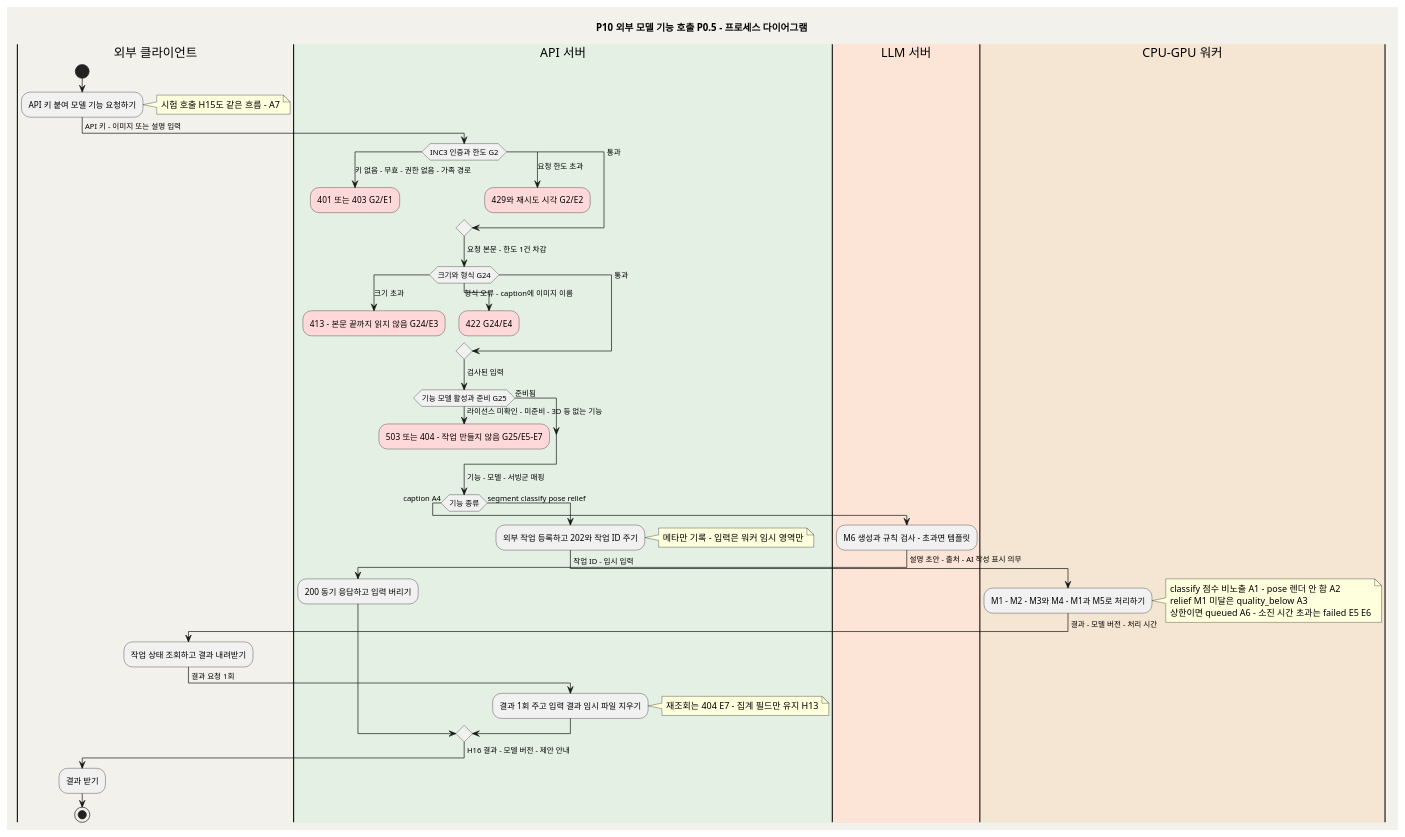
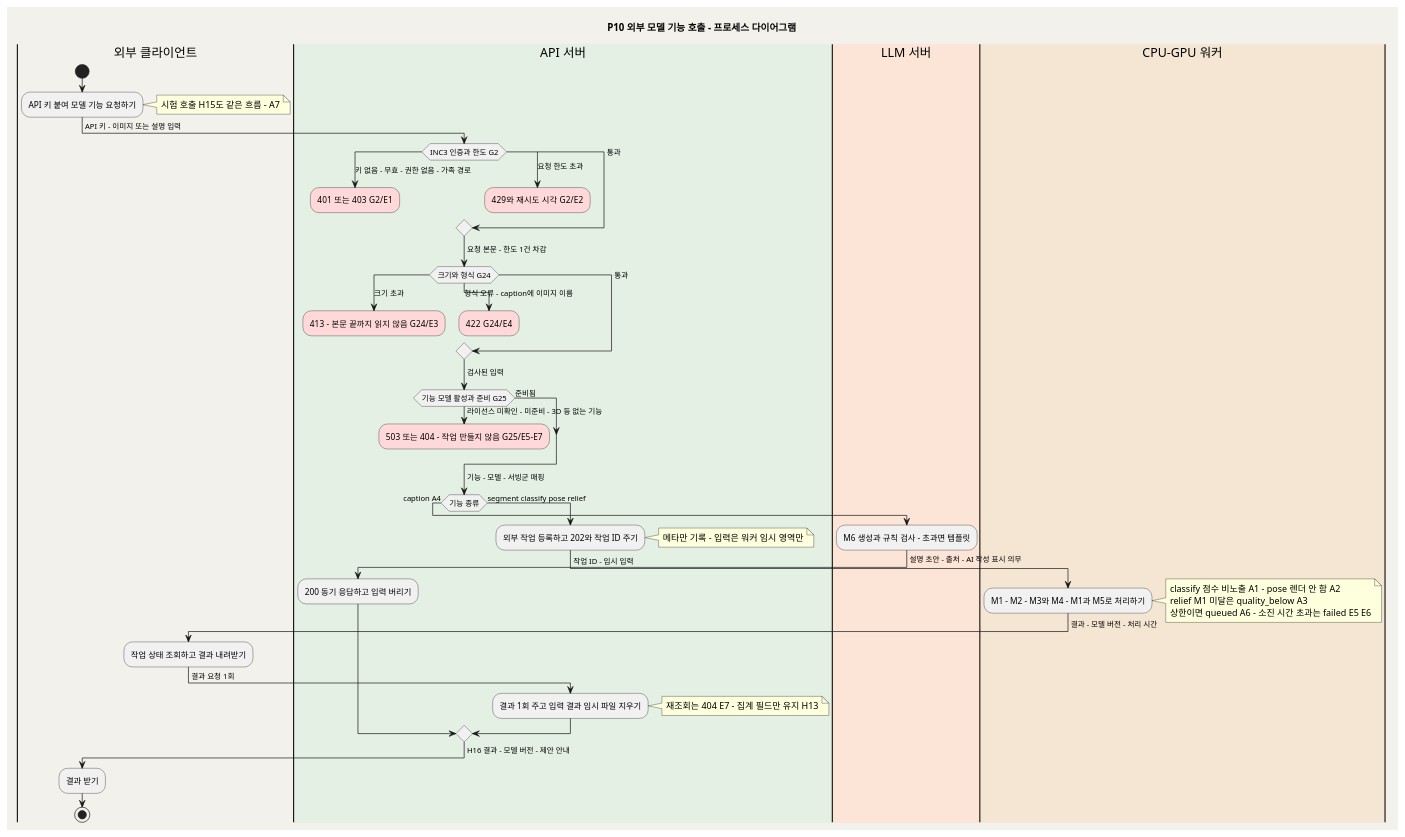
One commit to kids-gallery/uri-gallery changed diagram 15 of 16 in design/SD_01_프로세스설계서_우리아이미술관.md. Above: the diagram before and after it, drawn with PlantUML. The commit also changed other lines of this file and 9 other files, not shown here.

````diff
--- a/design/SD_01_프로세스설계서_우리아이미술관.md
+++ b/design/SD_01_프로세스설계서_우리아이미술관.md
@@ -1332,68 +1333,68 @@
 ```plantuml
 @startuml
 skinparam backgroundColor #F3F1EB
 skinparam shadowing false
-title P10 외부 모델 기능 호출 P0.5 - 프로세스 다이어그램
+title P10 외부 모델 기능 호출 - 프로세스 다이어그램
 |외부 클라이언트|
 start
 :API 키 붙여 모델 기능 요청하기;
 note right: 시험 호출 H15도 같은 흐름 - A7
 -> API 키 - 이미지 또는 설명 입력;
 |#E3F0E3|API 서버|
 switch (INC3 인증과 한도 G2)
 case (키 없음 - 무효 - 권한 없음 - 가족 경로)
   #FFD9D9:401 또는 403  G2/E1;
   kill
 case (요청 한도 초과)
   #FFD9D9:429와 재시도 시각  G2/E2;
   kill
 case (통과)
 endswitch
 -> 요청 본문 - 한도 1건 차감;
 switch (크기와 형식 G24)
 case (크기 초과)
   #FFD9D9:413 - 본문 끝까지 읽지 않음  G24/E3;
   kill
 case (형식 오류 - caption에 이미지 이름)
   #FFD9D9:422  G24/E4;
   kill
 case (통과)
 endswitch
 -> 검사된 입력;
 if (기능 모델 활성과 준비 G25) then (준비됨)
 else (라이선스 미확인 - 미준비 - 3D 등 없는 기능)
   #FFD9D9:503 또는 404 - 작업 만들지 않음  G25/E5-E7;
   kill
 endif
 -> 기능 - 모델 - 서빙군 매핑;
 if (기능 종류) then (caption A4)
   |#FCE4D6|LLM 서버|
   :M6 생성과 규칙 검사 - 초과면 템플릿;
   -> 설명 초안 - 출처 - AI 작성 표시 의무;
   |#E3F0E3|API 서버|
   :200 동기 응답하고 입력 버리기;
 else (segment classify pose relief)
   :외부 작업 등록하고 202와 작업 ID 주기;
   note right: 메타만 기록 - 입력은 워커 임시 영역만
   -> 작업 ID - 임시 입력;
   |#F5E6D3|CPU-GPU 워커|
   :M1 - M2 - M3와 M4 - M1과 M5로 처리하기;
   note right
     classify 점수 비노출 A1 - pose 렌더 안 함 A2
     relief M1 미달은 quality_below A3
     상한이면 queued A6 - 소진 시간 초과는 failed E5 E6
   end note
   -> 결과 - 모델 버전 - 처리 시간;
   |외부 클라이언트|
   :작업 상태 조회하고 결과 내려받기;
   -> 결과 요청 1회;
   |#E3F0E3|API 서버|
   :결과 1회 주고 입력 결과 임시 파일 지우기;
   note right: 재조회는 404 E7 - 집계 필드만 유지 H13
 endif
 -> H16 결과 - 모델 버전 - 제안 안내;
 |외부 클라이언트|
 :결과 받기;
 stop
 @enduml
 ```
````
